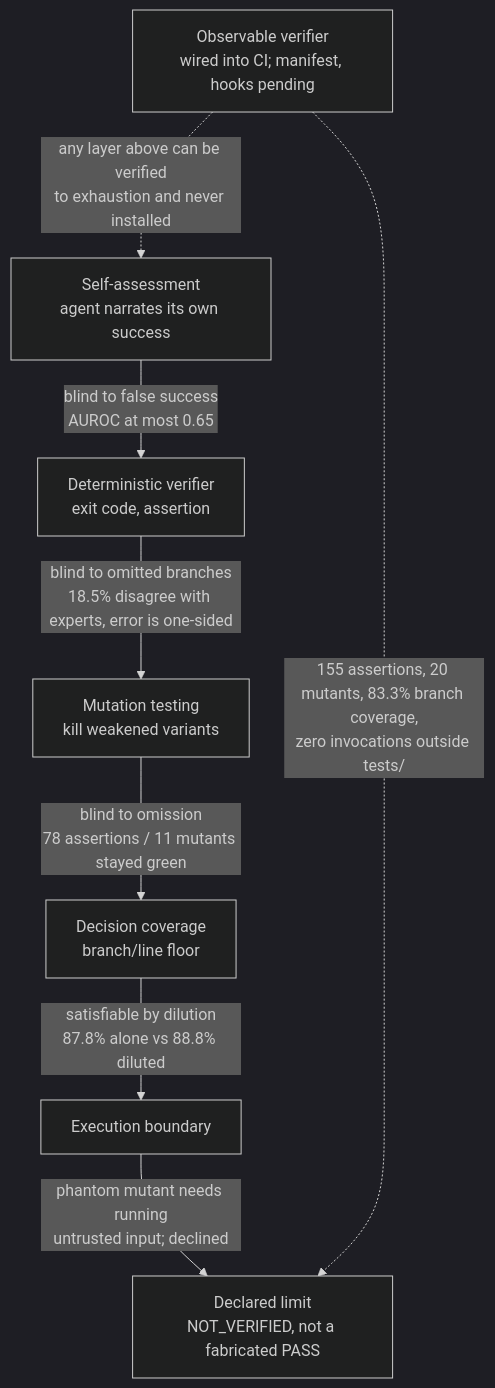
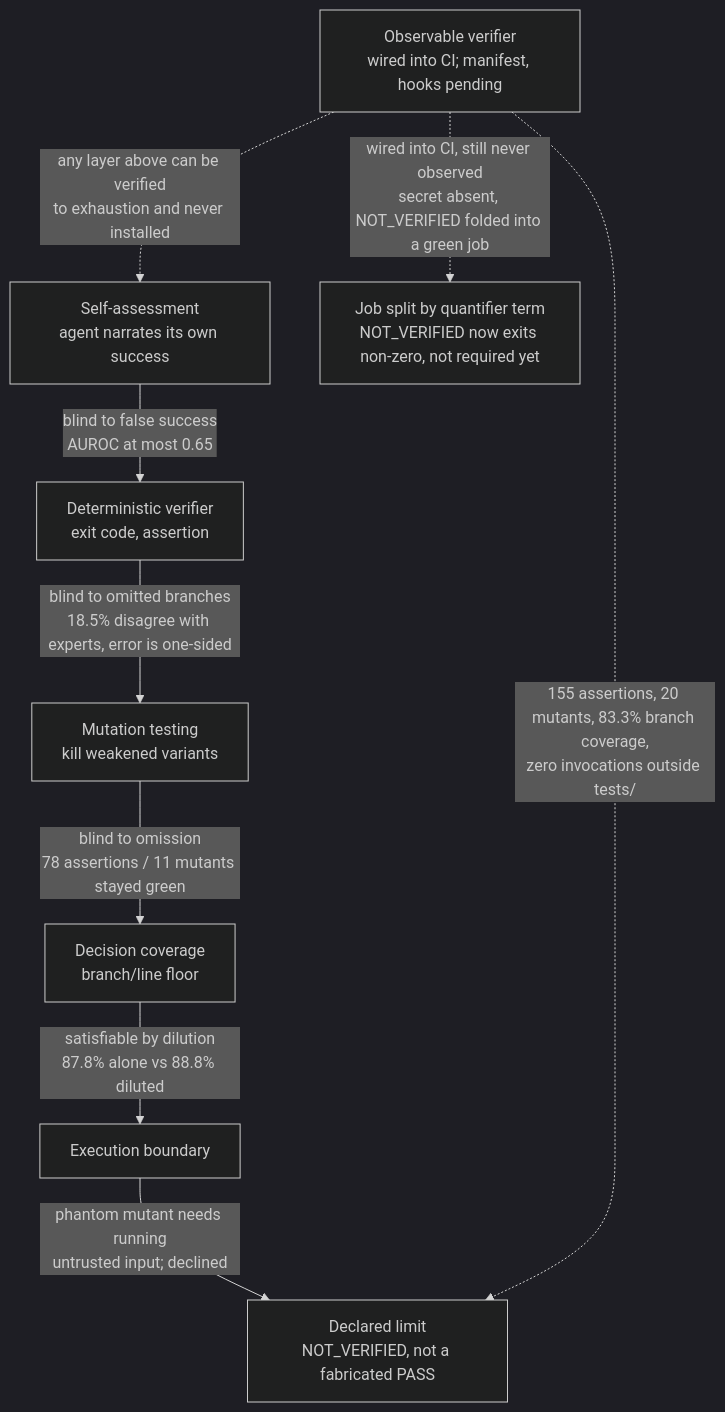
Before and after one commit to MrSchrodingers/tollens: the fourth of 4 diagrams in README.md, drawn with Mermaid (dark theme). The commit also changed other lines of this file and 7 other files, not shown here.

````diff
--- a/README.md
+++ b/README.md
@@ -1025,11 +1065,12 @@
 ```mermaid
 flowchart TD
     A["Self-assessment<br/>agent narrates its own success"] -->|"blind to false success<br/>AUROC at most 0.65"| B["Deterministic verifier<br/>exit code, assertion"]
     B -->|"blind to omitted branches<br/>18.5% disagree with experts, error is one-sided"| C["Mutation testing<br/>kill weakened variants"]
     C -->|"blind to omission<br/>78 assertions / 11 mutants stayed green"| D["Decision coverage<br/>branch/line floor"]
     D -->|"satisfiable by dilution<br/>87.8% alone vs 88.8% diluted"| E["Execution boundary"]
     E -->|"phantom mutant needs running<br/>untrusted input; declined"| F["Declared limit<br/>NOT_VERIFIED, not a fabricated PASS"]
 
     G["Observable verifier<br/>wired into CI; manifest, hooks pending"] -.->|"any layer above can be verified<br/>to exhaustion and never installed"| A
     G -.->|"155 assertions, 20 mutants, 83.3% branch coverage,<br/>zero invocations outside tests/"| F
+    G -.->|"wired into CI, still never observed<br/>secret absent, NOT_VERIFIED folded into a green job"| H["Job split by quantifier term<br/>NOT_VERIFIED now exits non-zero, not required yet"]
 ```
````
